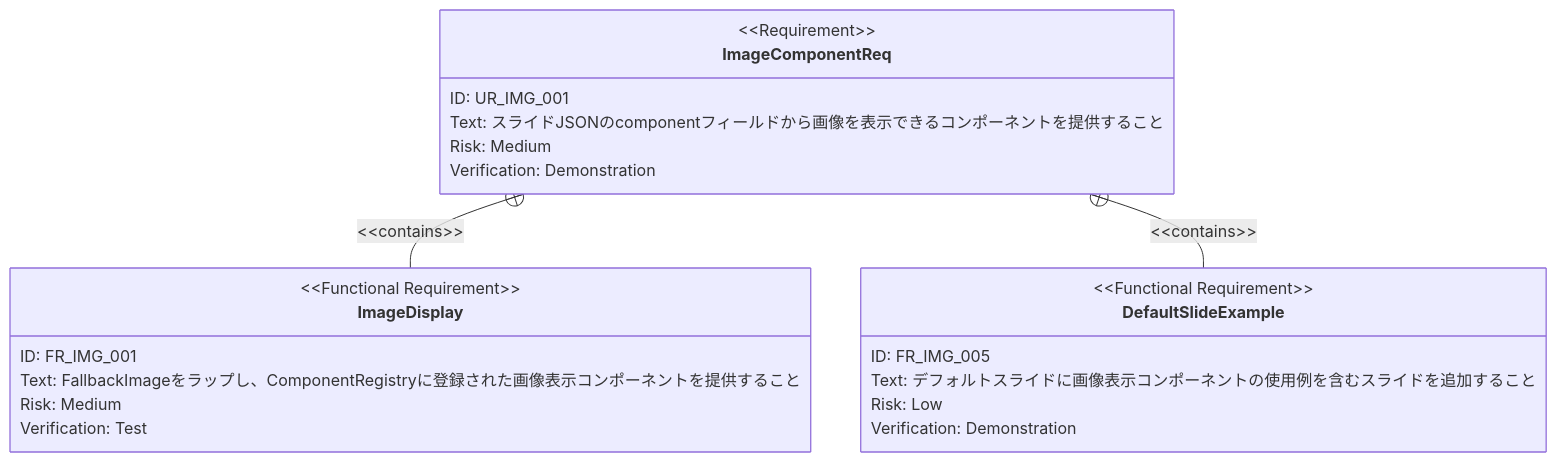
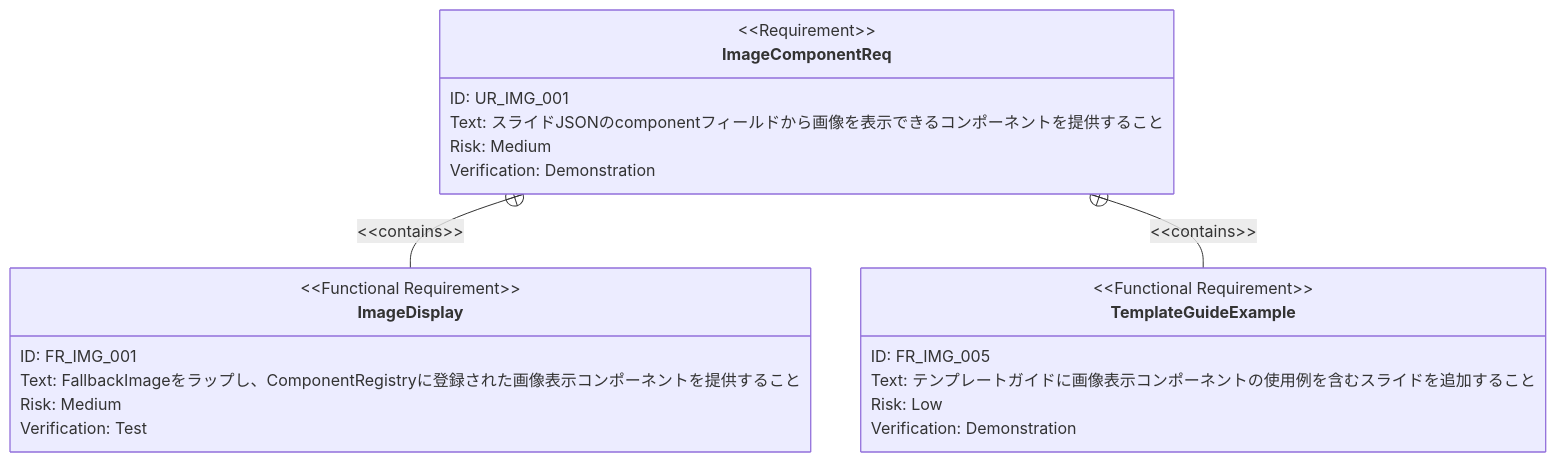
The second of 4 diagrams in .sdd/requirement/image-component.md (ToshikiImagawa/slide-presentation-app), drawn with Mermaid before and after one commit. The commit also changed other lines of this file and 25 other files, not shown here.

````diff
--- a/.sdd/requirement/image-component.md
+++ b/.sdd/requirement/image-component.md
@@ -100,26 +100,26 @@
 ```mermaid
 requirementDiagram
     requirement ImageComponentReq {
         id: UR_IMG_001
         text: "スライドJSONのcomponentフィールドから画像を表示できるコンポーネントを提供すること"
         risk: medium
         verifymethod: demonstration
     }
 
     functionalRequirement ImageDisplay {
         id: FR_IMG_001
         text: "FallbackImageをラップし、ComponentRegistryに登録された画像表示コンポーネントを提供すること"
         risk: medium
         verifymethod: test
     }
 
-    functionalRequirement DefaultSlideExample {
+    functionalRequirement TemplateGuideExample {
         id: FR_IMG_005
-        text: "デフォルトスライドに画像表示コンポーネントの使用例を含むスライドを追加すること"
+        text: "テンプレートガイドに画像表示コンポーネントの使用例を含むスライドを追加すること"
         risk: low
         verifymethod: demonstration
     }
 
     ImageComponentReq - contains -> ImageDisplay
-    ImageComponentReq - contains -> DefaultSlideExample
+    ImageComponentReq - contains -> TemplateGuideExample
 ```
````
